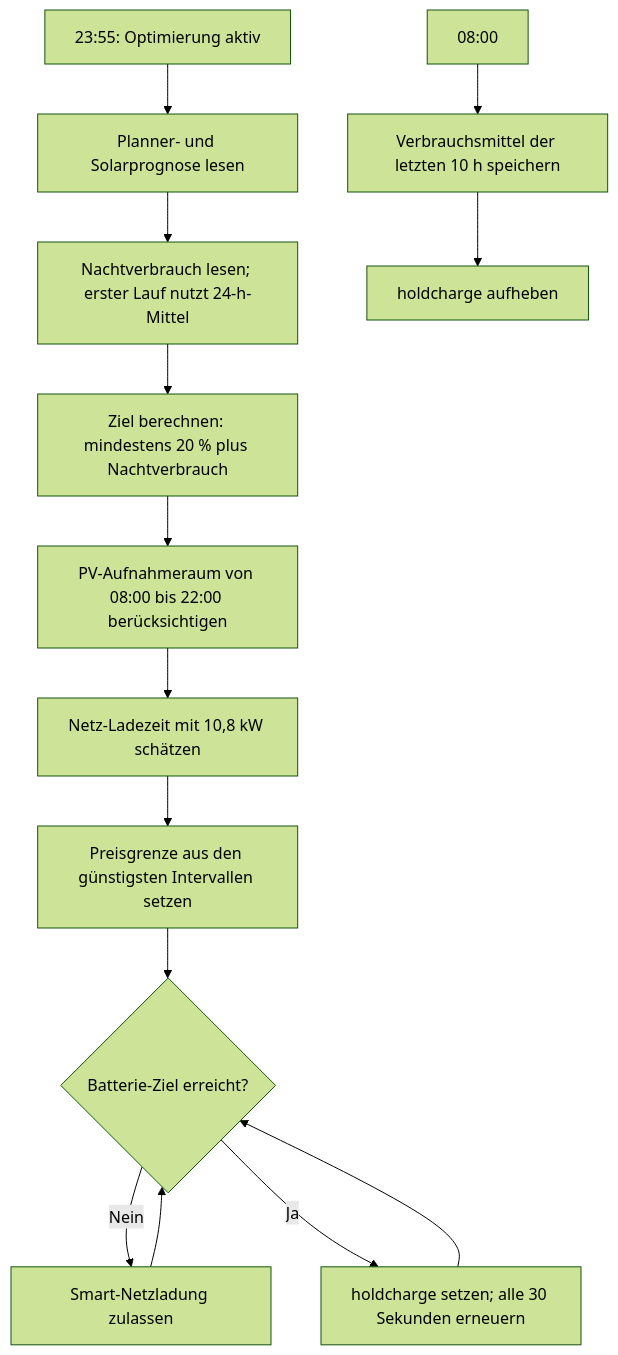
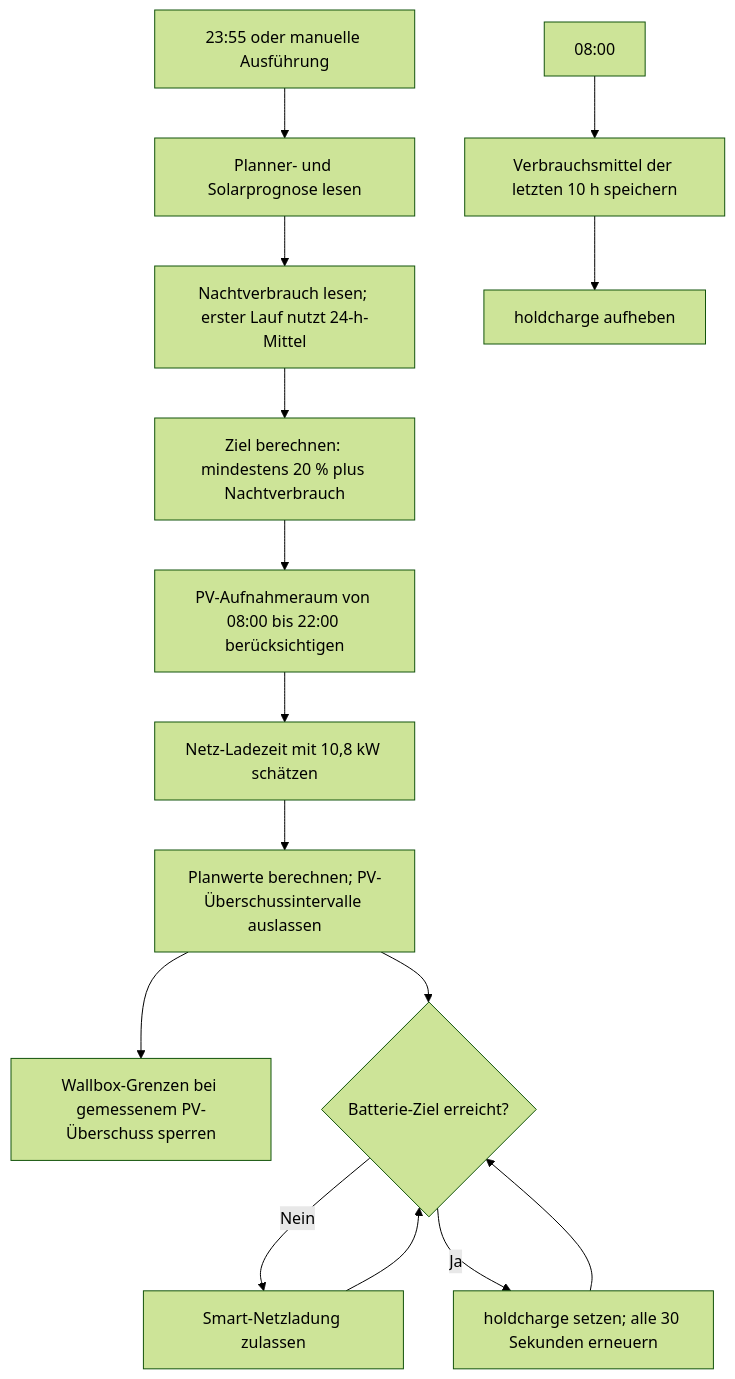
Before and after one commit to synb10se/docs: the diagram in home-assistant/evcc/EVCC_PREISOPTIMIERUNG.md, drawn with Mermaid (forest theme). The commit also changed other lines of this file and 1 other file, not shown here.

````diff
--- a/home-assistant/evcc/EVCC_PREISOPTIMIERUNG.md
+++ b/home-assistant/evcc/EVCC_PREISOPTIMIERUNG.md
@@ -41,16 +44,17 @@
 ```mermaid
 flowchart TD
-	A[23:55: Optimierung aktiv] --> B[Planner- und Solarprognose lesen]
+	A[23:55 oder manuelle Ausführung] --> B[Planner- und Solarprognose lesen]
 	B --> C[Nachtverbrauch lesen; erster Lauf nutzt 24-h-Mittel]
 	C --> D[Ziel berechnen: mindestens 20 % plus Nachtverbrauch]
 	D --> E[PV-Aufnahmeraum von 08:00 bis 22:00 berücksichtigen]
 	E --> F[Netz-Ladezeit mit 10,8 kW schätzen]
-	F --> G[Preisgrenze aus den günstigsten Intervallen setzen]
+	F --> G[Planwerte berechnen; PV-Überschussintervalle auslassen]
+	G --> N[Wallbox-Grenzen bei gemessenem PV-Überschuss sperren]
 	G --> H{Batterie-Ziel erreicht?}
 	H -- Nein --> I[Smart-Netzladung zulassen]
 	H -- Ja --> J[holdcharge setzen; alle 30 Sekunden erneuern]
 	I --> H
 	J --> H
 	K[08:00] --> L[Verbrauchsmittel der letzten 10 h speichern]
 	L --> M[holdcharge aufheben]
 ```
````
